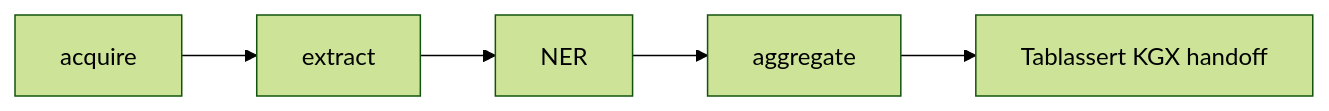
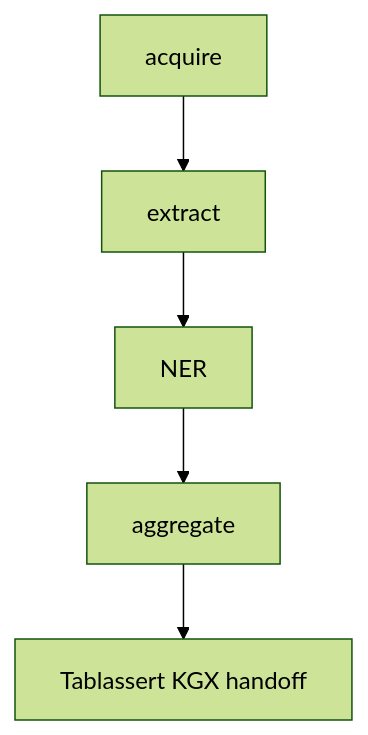
One commit to glusman-team/dakp changed the diagram in README.md. Above: the diagram before and after it, drawn with Mermaid (forest theme).

Commit message:
docs: render the pipeline mermaid diagram top-down

````diff
--- a/README.md
+++ b/README.md
@@ -16,4 +16,4 @@
 ```mermaid
-flowchart LR
+flowchart TD
     acquire --> extract --> NER --> aggregate --> tablassert["Tablassert KGX handoff"]
 ```
````
